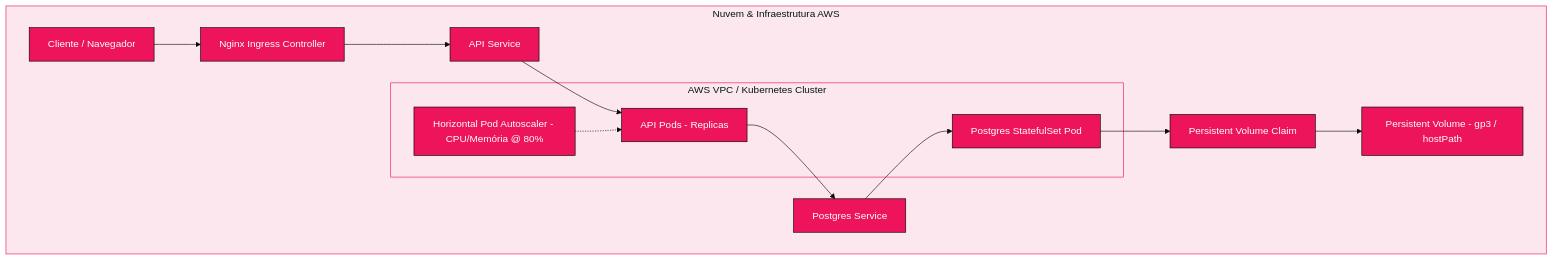
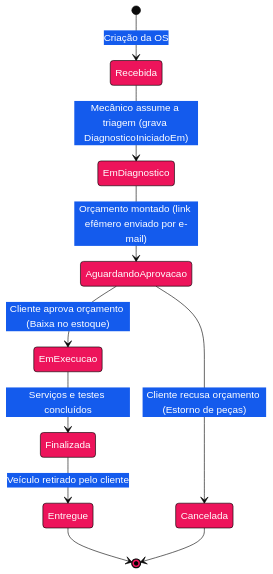
One commit to Grupo78-PosTech-15SOAT/AutoReparos changed the fourth of 4 diagrams in README.md. Above: the diagram before and after it, drawn with Mermaid. The commit also changed other lines of this file and 3 other files, not shown here.

````diff
--- a/README.md
+++ b/README.md
@@ -179,32 +435,23 @@
 ```mermaid
 %%{init: {
   'theme': 'base',
-  'themeCSS': 'svg { background-color: #ffffff !important; } .subgraph rect { fill: #FDE7EE !important; }',
+  'themeCSS': 'svg { background-color: #ffffff !important; }',
   'themeVariables': {
     'primaryColor': '#ED145B',
     'primaryTextColor': '#ffffff',
-    'primaryBorderColor': '#000000',
-    'tertiaryColor': '#FDE7EE',
-    'tertiaryBorderColor': '#ED145B',
-    'edgeLabelBackground': '#000000'
+    'primaryBorderColor': '#000000'
   }
 }}%%
-graph TD
-  subgraph Infra["Nuvem & Infraestrutura AWS"]
-    direction LR
-    Client[Cliente / Navegador] --> Ingress[Nginx Ingress Controller]
-    Ingress --> APIService[API Service]
-    APIService --> APIPods[API Pods - Replicas]
-    APIPods --> PostgresService[Postgres Service]
-    PostgresService --> PostgresPod[Postgres StatefulSet Pod]
-    PostgresPod --> PVC[Persistent Volume Claim]
-    PVC --> PV[Persistent Volume - gp3 / hostPath]
+stateDiagram-v2
+    [*] --> Recebida: Criação da OS
+    Recebida --> EmDiagnostico: Mecânico assume a triagem (grava DiagnosticoIniciadoEm)
+    EmDiagnostico --> AguardandoAprovacao: Orçamento montado (link efêmero enviado por e-mail)
     
-    subgraph AWS VPC / Kubernetes Cluster
-        APIPods
-        PostgresPod
-        HPA[Horizontal Pod Autoscaler - CPU/Memória @ 80%]
-        HPA -.-> APIPods
-    end
-  end
+    AguardandoAprovacao --> EmExecucao: Cliente aprova orçamento (Baixa no estoque)
+    AguardandoAprovacao --> Cancelada: Cliente recusa orçamento (Estorno de peças)
+    
+    EmExecucao --> Finalizada: Serviços e testes concluídos
+    Finalizada --> Entregue: Veículo retirado pelo cliente
+    Entregue --> [*]
+    Cancelada --> [*]
 ```
````
